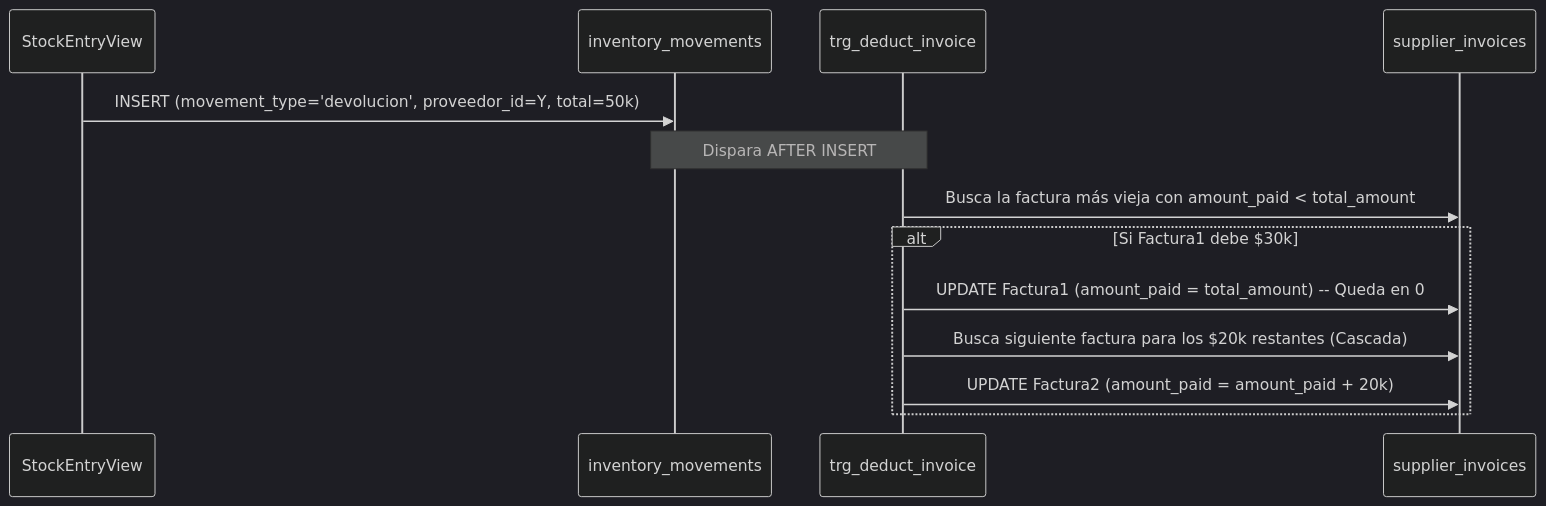
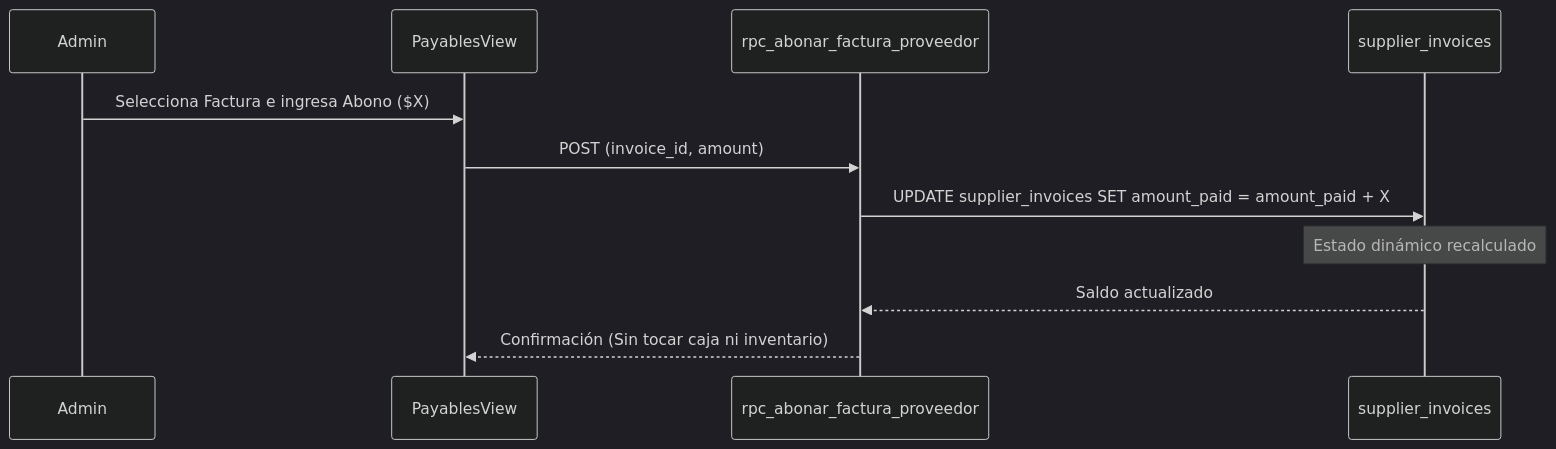
Before and after one commit to YamirJCF/tienda-barrio-pro: the second of 2 diagrams in documentation/01_requirements/SDD/SDD_019_CUENTAS_POR_PAGAR.md, drawn with Mermaid (dark theme). The commit also changed other lines of this file and 28 other files, not shown here.

````diff
--- a/documentation/01_requirements/SDD/SDD_019_CUENTAS_POR_PAGAR.md
+++ b/documentation/01_requirements/SDD/SDD_019_CUENTAS_POR_PAGAR.md
@@ -63,17 +54,14 @@
 ```mermaid
 sequenceDiagram
-    participant UI as StockEntryView
-    participant IM as inventory_movements
-    participant Trigger as trg_deduct_invoice
-    participant SI as supplier_invoices
+    participant Admin
+    participant UI as PayablesView
+    participant RPC as rpc_abonar_factura_proveedor
+    participant DB as supplier_invoices
 
-    UI->>IM: INSERT (movement_type='devolucion', proveedor_id=Y, total=50k)
-    Note over IM,Trigger: Dispara AFTER INSERT
-    Trigger->>SI: Busca la factura más vieja con amount_paid < total_amount
-    
-    alt Si Factura1 debe $30k
-        Trigger->>SI: UPDATE Factura1 (amount_paid = total_amount) -- Queda en 0
-        Trigger->>SI: Busca siguiente factura para los $20k restantes (Cascada)
-        Trigger->>SI: UPDATE Factura2 (amount_paid = amount_paid + 20k)
-    end
+    Admin->>UI: Selecciona Factura e ingresa Abono ($X)
+    UI->>RPC: POST (invoice_id, amount)
+    RPC->>DB: UPDATE supplier_invoices SET amount_paid = amount_paid + X
+    Note over DB: Estado dinámico recalculado
+    DB-->>RPC: Saldo actualizado
+    RPC-->>UI: Confirmación (Sin tocar caja ni inventario)
 ```
````
